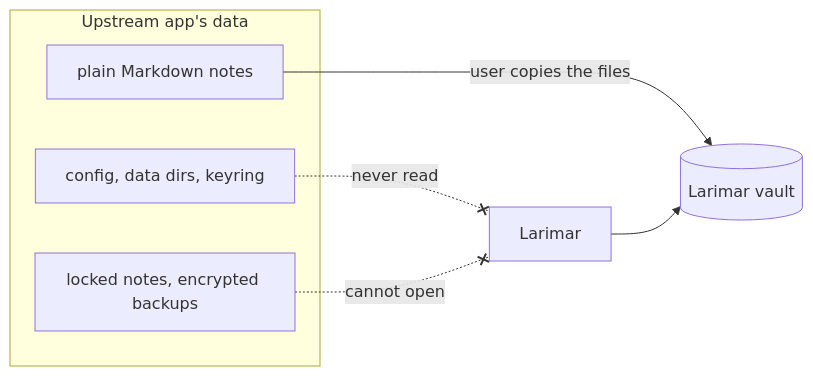
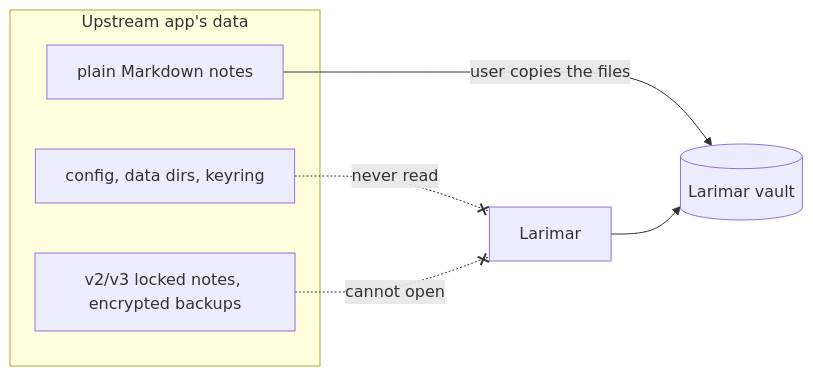
Before and after one commit to jiegui2025/larimar: the diagram in docs/adr/0008-no-upstream-compatibility.md, drawn with Mermaid. The commit also changed other lines of this file and 45 other files, not shown here.

````diff
--- a/docs/adr/0008-no-upstream-compatibility.md
+++ b/docs/adr/0008-no-upstream-compatibility.md
@@ -30,14 +30,14 @@
 ```mermaid
 flowchart LR
   accTitle: What crosses from upstream to Larimar
-  accDescr: Upstream's config, keyring, locked notes and encrypted backups are never read by Larimar, plain Markdown notes can be copied over as files by the user.
+  accDescr: Upstream's config and keyring are never read by Larimar and its v2/v3 locked notes and encrypted backups cannot be opened, plain Markdown notes can be copied over as files by the user.
   subgraph UP["Upstream app's data"]
     CFG["config, data dirs, keyring"]
-    LOCK["locked notes, encrypted backups"]
+    LOCK["v2/v3 locked notes, encrypted backups"]
     PLAIN["plain Markdown notes"]
   end
   CFG -.-x|"never read"| LAR["Larimar"]
   LOCK -.-x|"cannot open"| LAR
   PLAIN -->|"user copies the files"| VAULT[("Larimar vault")]
   LAR --> VAULT
 ```
````
